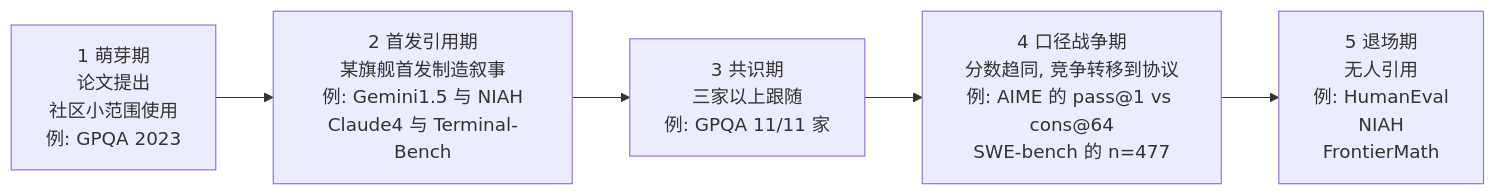
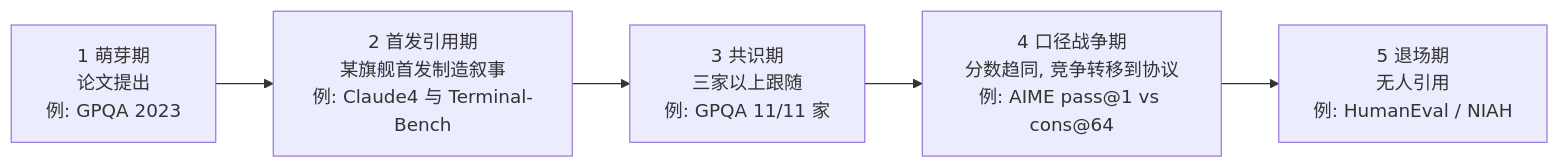
The third of 3 diagrams in book/chapters/chapter-14-reading-vendor-reports.md (zenHeart/evals), drawn with Mermaid before and after one commit. The commit also changed other lines of this file and 5 other files, not shown here.

````diff
--- a/book/chapters/chapter-14-reading-vendor-reports.md
+++ b/book/chapters/chapter-14-reading-vendor-reports.md
@@ -373,7 +350,7 @@
 ```mermaid
 flowchart LR
-    A["1 萌芽期<br/>论文提出<br/>社区小范围使用<br/>例: GPQA 2023"] --> B["2 首发引用期<br/>某旗舰首发制造叙事<br/>例: Gemini1.5 与 NIAH<br/>Claude4 与 Terminal-Bench"]
+    A["1 萌芽期<br/>论文提出<br/>例: GPQA 2023"] --> B["2 首发引用期<br/>某旗舰首发制造叙事<br/>例: Claude4 与 Terminal-Bench"]
     B --> C["3 共识期<br/>三家以上跟随<br/>例: GPQA 11/11 家"]
-    C --> D["4 口径战争期<br/>分数趋同, 竞争转移到协议<br/>例: AIME 的 pass@1 vs cons@64<br/>SWE-bench 的 n=477"]
-    D --> E["5 退场期<br/>无人引用<br/>例: HumanEval<br/>NIAH<br/>FrontierMath"]
+    C --> D["4 口径战争期<br/>分数趋同, 竞争转移到协议<br/>例: AIME pass@1 vs cons@64"]
+    D --> E["5 退场期<br/>无人引用<br/>例: HumanEval / NIAH"]
 ```
````
